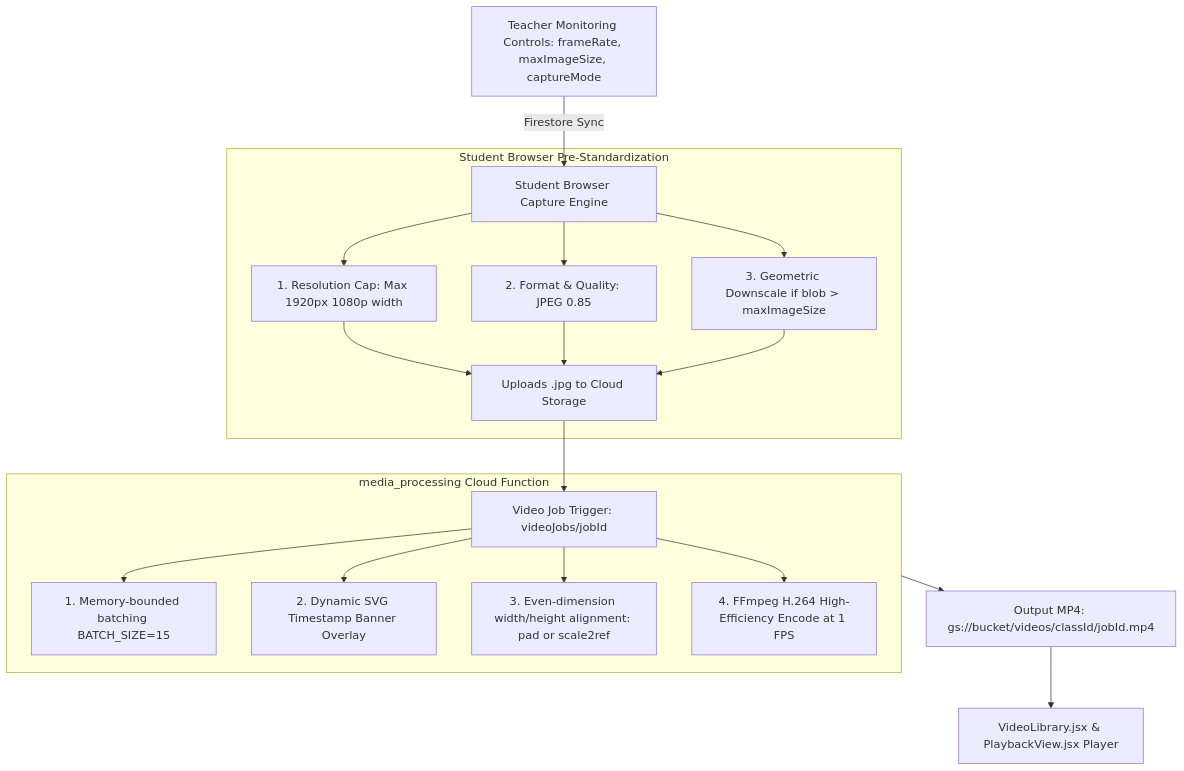
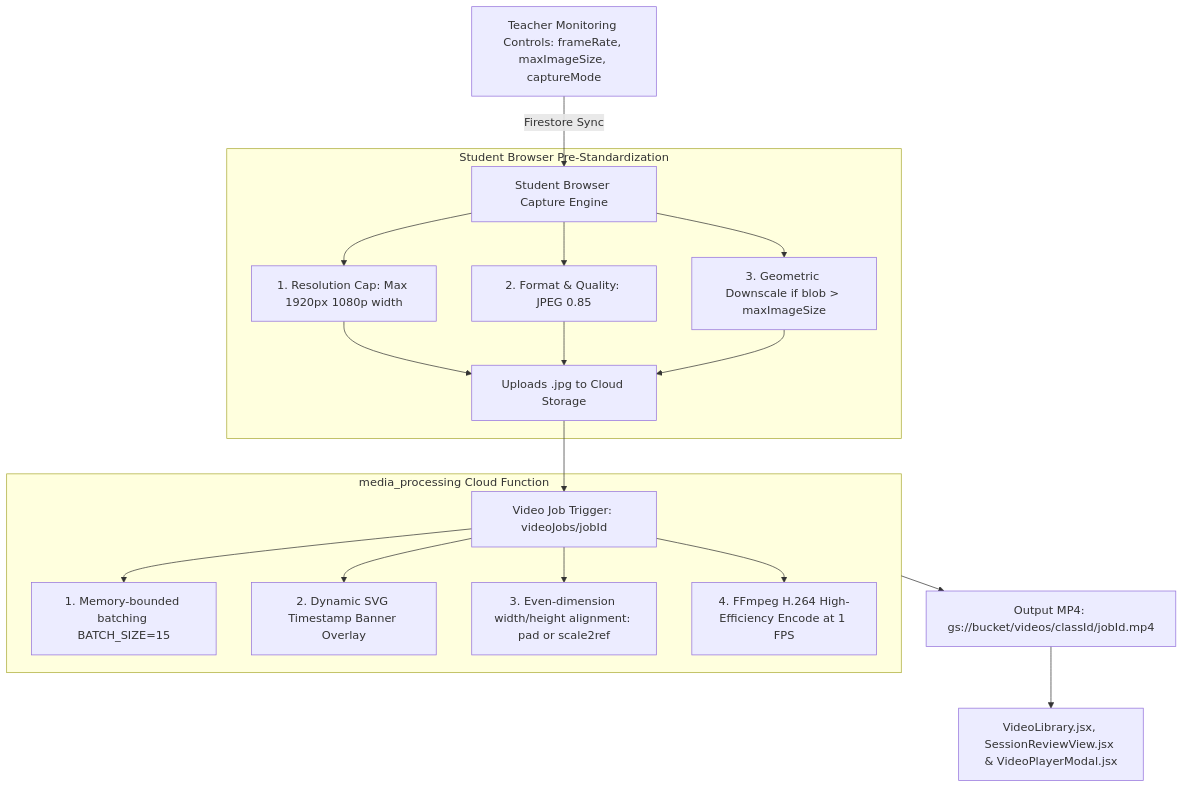
One commit to wongcyrus/Google-AI-Classroom changed the first of 2 diagrams in docs/image-to-video-compilation.md. Above: the diagram before and after it, drawn with Mermaid. The commit also changed other lines of this file and 12 other files, not shown here.

Commit message:
docs(all): synchronize architecture guides, user manuals, deployment docs, and technical specifications

````diff
--- a/docs/image-to-video-compilation.md
+++ b/docs/image-to-video-compilation.md
@@ -24,23 +27,23 @@
 ```mermaid
 flowchart TD
     Teacher[Teacher Monitoring Controls: frameRate, maxImageSize, captureMode] -->|Firestore Sync| Student[Student Browser Capture Engine]
 
     subgraph Client [Student Browser Pre-Standardization]
         Student --> C1[1. Resolution Cap: Max 1920px 1080p width]
         Student --> C2[2. Format & Quality: JPEG 0.85]
         Student --> C3[3. Geometric Downscale if blob > maxImageSize]
         C1 & C2 & C3 --> Upload[Uploads .jpg to Cloud Storage]
     end
 
     Upload --> Job[Video Job Trigger: videoJobs/jobId]
 
     subgraph Backend [media_processing Cloud Function]
         Job --> F1[1. Memory-bounded batching BATCH_SIZE=15]
         Job --> F2[2. Dynamic SVG Timestamp Banner Overlay]
         Job --> F3[3. Even-dimension width/height alignment: pad or scale2ref]
         Job --> F4[4. FFmpeg H.264 High-Efficiency Encode at 1 FPS]
     end
 
     Backend --> Out[Output MP4: gs://bucket/videos/classId/jobId.mp4]
-    Out --> UI[VideoLibrary.jsx & PlaybackView.jsx Player]
+    Out --> UI[VideoLibrary.jsx, SessionReviewView.jsx & VideoPlayerModal.jsx]
 ```
````
